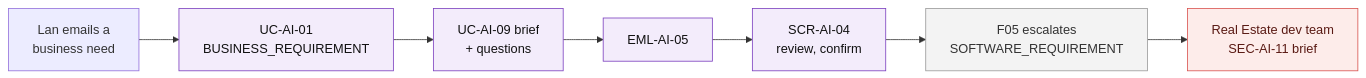
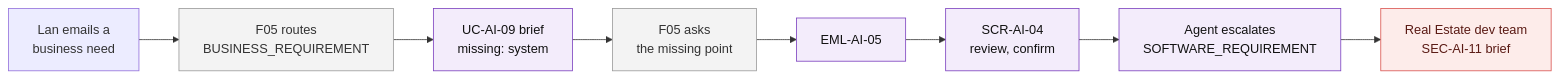
The sixth of 7 diagrams in docs/f04-ai-ticket-processing/information-architecture/02-user-flows.md (Akaza-ban/Fable), drawn with Mermaid before and after one commit. The commit also changed other lines of this file and 9 other files, not shown here.

First line of the commit message:
docs(F04): re-scope to processing after the new mind map (F05 routes, F04 processes)

````diff
--- a/docs/f04-ai-ticket-processing/information-architecture/02-user-flows.md
+++ b/docs/f04-ai-ticket-processing/information-architecture/02-user-flows.md
@@ -122,16 +158,17 @@
 ```mermaid
 flowchart LR
-    a["Lan emails a<br/>business need"] --> b["UC-AI-01<br/>BUSINESS_REQUIREMENT"]
-    b --> c["UC-AI-09 brief<br/>+ questions"]
-    c --> d["EML-AI-05"]
-    d --> e["SCR-AI-04<br/>review, confirm"]
-    e --> f["F05 escalates<br/>SOFTWARE_REQUIREMENT"]
-    f --> g["Real Estate dev team<br/>SEC-AI-11 brief"]
+    a["Lan emails a<br/>business need"] --> b["F05 routes<br/>BUSINESS_REQUIREMENT"]
+    b --> c["UC-AI-09 brief<br/>missing: system"]
+    c --> d["F05 asks<br/>the missing point"]
+    d --> e["EML-AI-05"]
+    e --> f["SCR-AI-04<br/>review, confirm"]
+    f --> g["Agent escalates<br/>SOFTWARE_REQUIREMENT"]
+    g --> h["Real Estate dev team<br/>SEC-AI-11 brief"]
 
     classDef f04 fill:#f3ecfb,color:#111,stroke:#7b3fbf
     classDef other fill:#f3f3f3,color:#333,stroke:#999
     classDef human fill:#fdecea,color:#5a1a14,stroke:#d9534f
-    class b,c,d,e f04
-    class f other
-    class g human
+    class c,e,f,g f04
+    class b,d other
+    class h human
 ```
````
